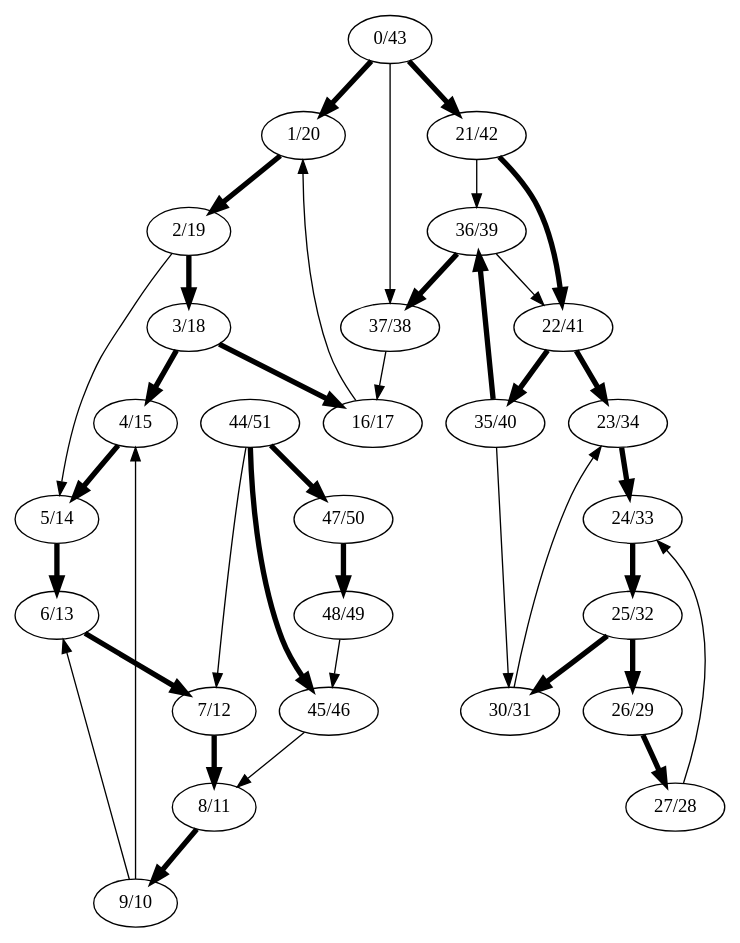
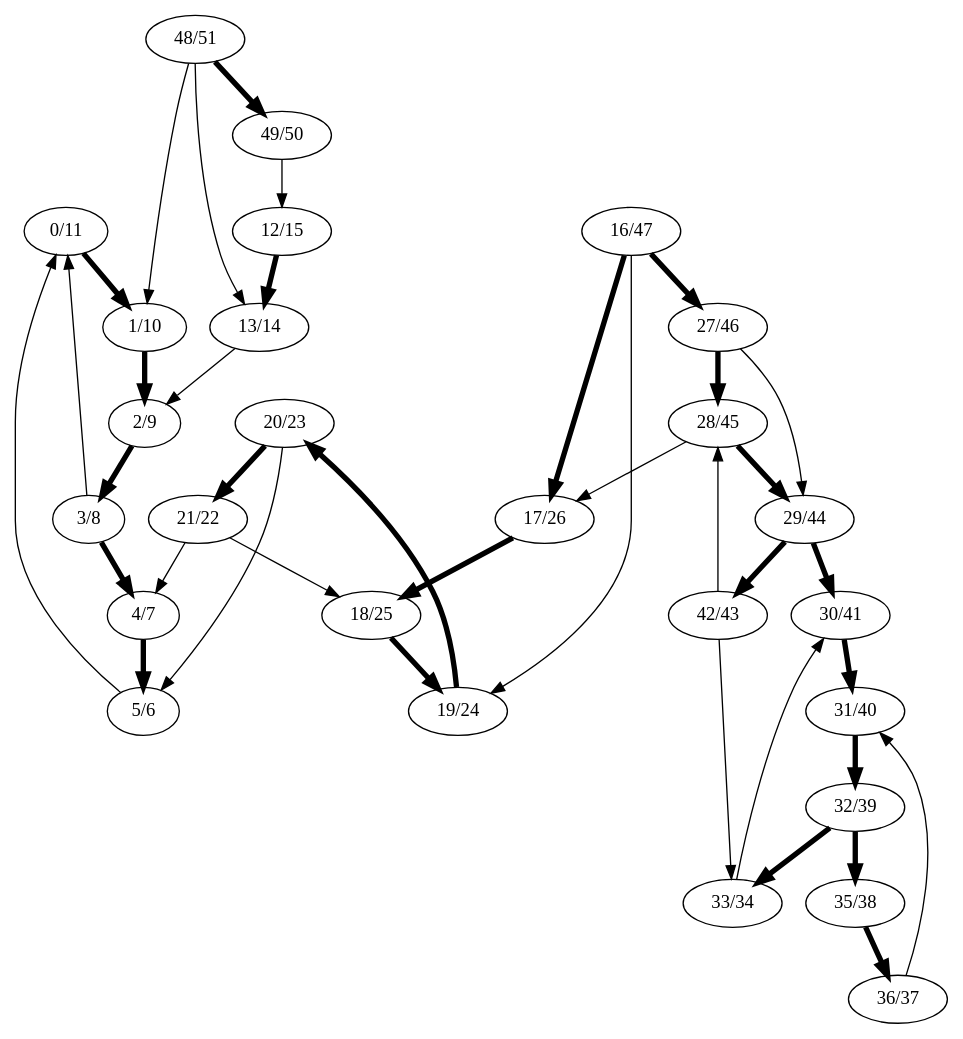
The diagram in Part2/ex2_2.dot (HugoBuscemi/Agreg-Projet-Graphes), drawn with Graphviz before and after one commit. The commit also changed 2 other files, not shown here.

```diff
--- a/Part2/ex2_2.dot
+++ b/Part2/ex2_2.dot
@@ -1,65 +1,66 @@
-digraph ex2_2 {	H [ label="0/43"];
-	H -> G[ penwidth=4];
+digraph ex2_2 {
+	D [ label="0/11"];
+	P [ label="2/9"];
+	N [ label="12/15"];
+	H [ label="16/47"];
+	O [ label="13/14"];
+	T [ label="18/25"];
+	L [ label="31/40"];
+	K [ label="30/41"];
+	E [ label="5/6"];
+	W [ label="42/43"];
+	M [ label="36/37"];
+	V [ label="28/45"];
+	R [ label="4/7"];
+	Z [ label="35/38"];
+	U [ label="17/26"];
+	Y [ label="32/39"];
+	X [ label="33/34"];
+	G [ label="19/24"];
+	B [ label="48/51"];
+	Q [ label="3/8"];
+	I [ label="27/46"];
+	A [ label="49/50"];
+	J [ label="29/44"];
+	F [ label="20/23"];
+	S [ label="21/22"];
+	C [ label="1/10"];
+	D -> C[ penwidth=4];
+	C -> P[ penwidth=4];
+	P -> Q[ penwidth=4];
+	Q -> R[ penwidth=4];
+	R -> E[ penwidth=4];
+	N -> O[ penwidth=4];
+	H -> U[ penwidth=4];
+	U -> T[ penwidth=4];
+	T -> G[ penwidth=4];
+	G -> F[ penwidth=4];
+	F -> S[ penwidth=4];
 	H -> I[ penwidth=4];
-	H -> U[];
-	B [ label="44/51"];
-	B -> O[ penwidth=4];
+	I -> V[ penwidth=4];
+	V -> J[ penwidth=4];
+	J -> K[ penwidth=4];
+	K -> L[ penwidth=4];
+	L -> Y[ penwidth=4];
+	Y -> X[ penwidth=4];
+	Y -> Z[ penwidth=4];
+	Z -> M[ penwidth=4];
+	J -> W[ penwidth=4];
 	B -> A[ penwidth=4];
+	Q -> D[];
+	E -> D[];
+	O -> P[];
+	S -> T[];
+	S -> R[];
+	F -> E[];
+	V -> U[];
+	X -> K[];
+	M -> L[];
+	W -> X[];
+	W -> V[];
+	I -> J[];
+	H -> G[];
 	B -> C[];
-	Y [ label="25/32"];
-	Y -> Z[ penwidth=4];
-	Y -> X[ penwidth=4];
-	G [ label="1/20"];
-	G -> F[ penwidth=4];
-	F [ label="2/19"];
-	F -> S[ penwidth=4];
-	F -> E[];
-	N [ label="48/49"];
-	N -> O[];
-	V [ label="36/39"];
-	V -> U[ penwidth=4];
-	V -> J[];
-	K [ label="23/34"];
-	K -> L[ penwidth=4];
-	L [ label="24/33"];
-	L -> Y[ penwidth=4];
-	A [ label="47/50"];
-	A -> N[ penwidth=4];
-	M [ label="27/28"];
-	M -> L[];
-	J [ label="22/41"];
-	J -> K[ penwidth=4];
-	J -> W[ penwidth=4];
-	D [ label="6/13"];
-	D -> C[ penwidth=4];
-	W [ label="35/40"];
-	W -> V[ penwidth=4];
-	W -> X[];
-	Q [ label="9/10"];
-	Q -> R[];
-	Q -> D[];
-	E [ label="5/14"];
-	E -> D[ penwidth=4];
-	O [ label="45/46"];
-	O -> P[];
-	Z [ label="26/29"];
-	Z -> M[ penwidth=4];
-	P [ label="8/11"];
-	P -> Q[ penwidth=4];
-	C [ label="7/12"];
-	C -> P[ penwidth=4];
-	I [ label="21/42"];
-	I -> J[ penwidth=4];
-	I -> V[];
-	T [ label="16/17"];
-	T -> G[];
-	R [ label="4/15"];
-	R -> E[ penwidth=4];
-	U [ label="37/38"];
-	U -> T[];
-	X [ label="30/31"];
-	X -> K[];
-	S [ label="3/18"];
-	S -> R[ penwidth=4];
-	S -> T[ penwidth=4];
+	B -> O[];
+	A -> N[];
 }
```
